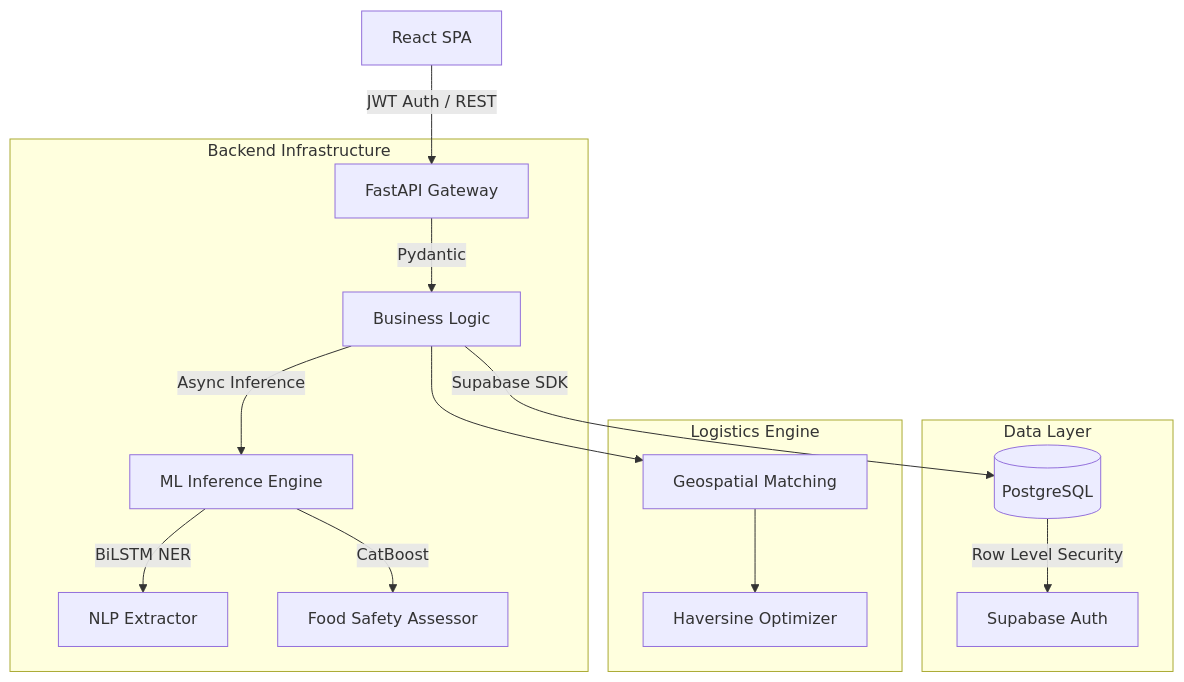
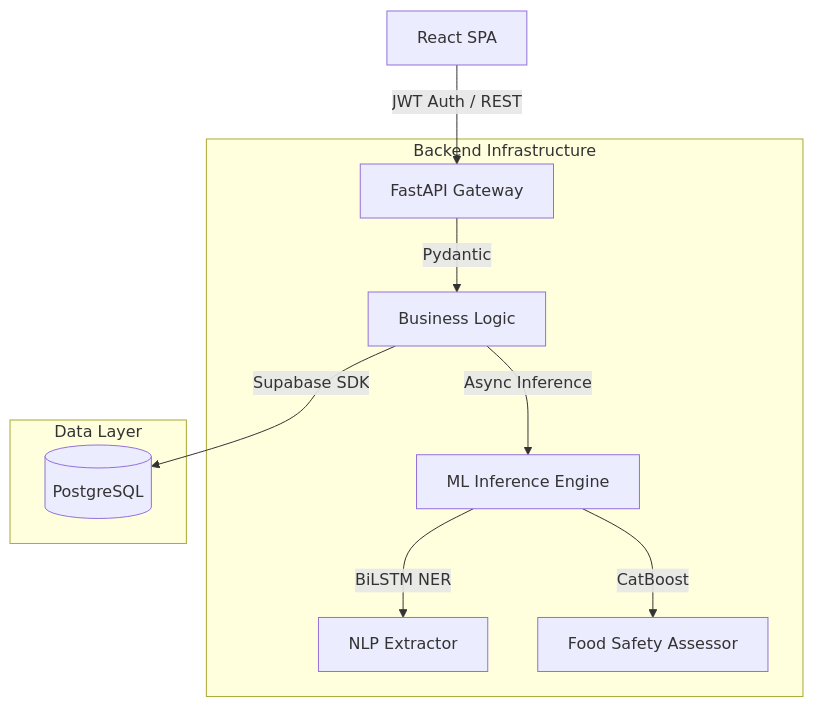
Before and after one commit to somiya-namdeo/SharePlate: the diagram in README.md, drawn with Mermaid. The commit also changed other lines of this file and 4 other files, not shown here.

````diff
--- a/README.md
+++ b/README.md
@@ -53,21 +126,15 @@
 ```mermaid
 graph TD
     Client[React SPA] -->|JWT Auth / REST| API[FastAPI Gateway]
     
     subgraph Backend Infrastructure
         API -->|Pydantic| Controllers[Business Logic]
         Controllers -->|Async Inference| ML[ML Inference Engine]
         ML -->|BiLSTM NER| NLP[NLP Extractor]
         ML -->|CatBoost| Safety[Food Safety Assessor]
     end
     
     subgraph Data Layer
         Controllers -->|Supabase SDK| DB[(PostgreSQL)]
-        DB -->|Row Level Security| Auth[Supabase Auth]
-    end
-    
-    subgraph Logistics Engine
-        Controllers --> Geo[Geospatial Matching]
-        Geo --> Route[Haversine Optimizer]
     end
 ```
````
